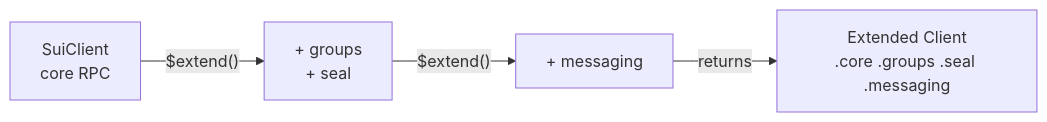
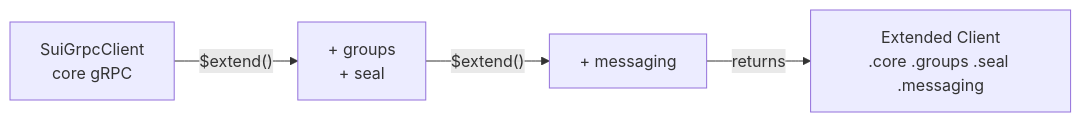
Before and after one commit to MystenLabs/sui-stack-messaging: the third of 18 diagrams in chat-app/docs/SYSTEM_DESIGN.md, drawn with Mermaid. The commit also changed other lines of this file and 28 other files, not shown here.

````diff
--- a/chat-app/docs/SYSTEM_DESIGN.md
+++ b/chat-app/docs/SYSTEM_DESIGN.md
@@ -138,6 +138,6 @@
 ```mermaid
 graph LR
-    BASE[SuiClient<br/>core RPC] -->|"$extend()"| EXT1[+ groups<br/>+ seal]
+    BASE[SuiGrpcClient<br/>core gRPC] -->|"$extend()"| EXT1[+ groups<br/>+ seal]
     EXT1 -->|"$extend()"| EXT2[+ messaging]
     EXT2 -->|returns| FULL["Extended Client<br/>.core .groups .seal .messaging"]
 ```
````
